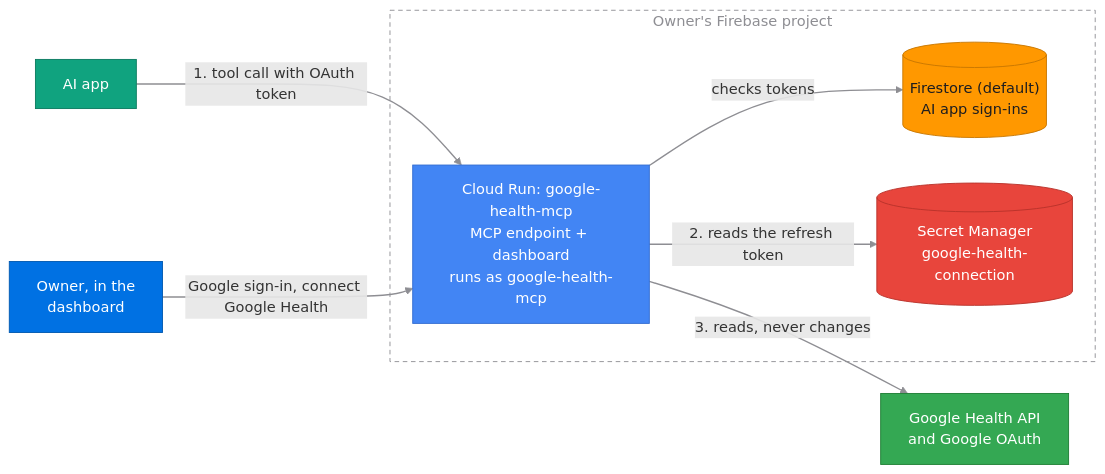
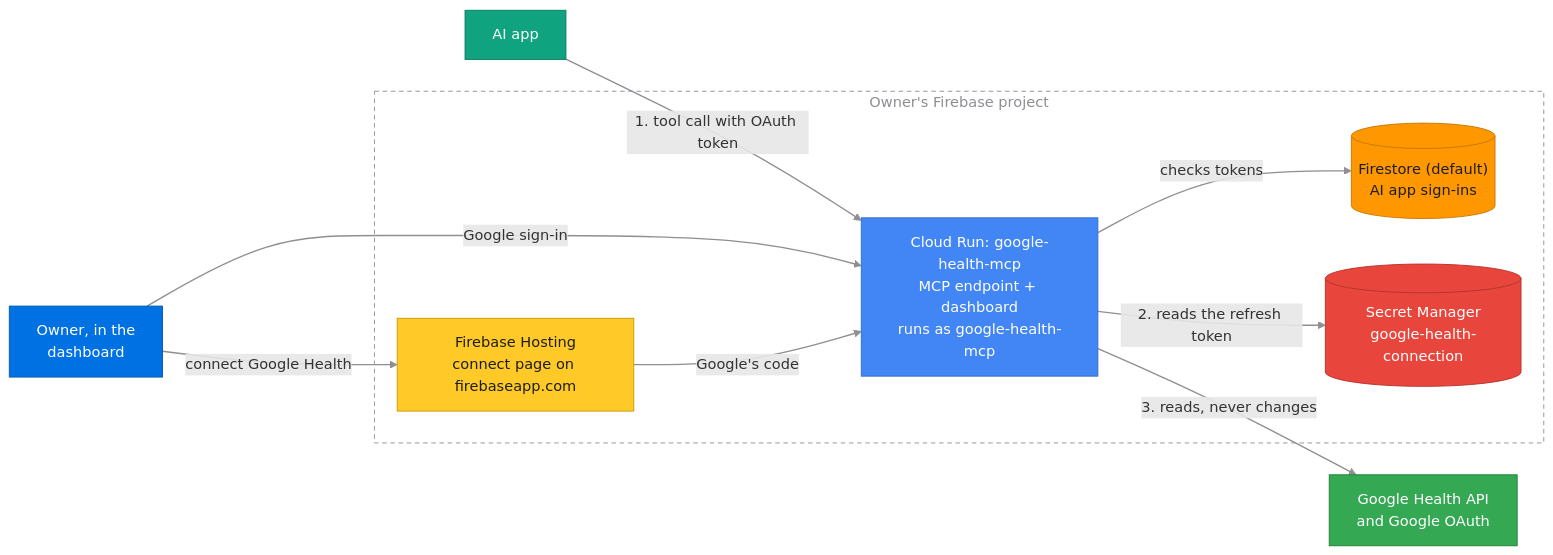
One commit to induction-axiom/ai-connector-for-google-health changed the diagram in README.md. Above: the diagram before and after it, drawn with Mermaid. The commit also changed other lines of this file and 16 other files, not shown here.

First line of the commit message:
Connect Google Health with Firebase's own Google client

````diff
--- a/README.md
+++ b/README.md
@@ -163,26 +164,30 @@
 ```mermaid
 flowchart LR
   AI["AI app"]:::ai
   Browser["Owner, in the<br/>dashboard"]:::you
   GH["Google Health API<br/>and Google OAuth"]:::gh
   subgraph project["Owner's Firebase project"]
     Run["Cloud Run: google-health-mcp<br/>MCP endpoint + dashboard<br/>runs as google-health-mcp"]:::run
     Store[("Firestore (default)<br/>AI app sign-ins")]:::store
     Secret[("Secret Manager<br/>google-health-connection")]:::secret
+    Page["Firebase Hosting<br/>connect page on firebaseapp.com"]:::page
   end
   AI -- "1. tool call with OAuth token" --> Run
-  Browser -- "Google sign-in, connect Google Health" --> Run
+  Browser -- "Google sign-in" --> Run
+  Browser -- "connect Google Health" --> Page
+  Page -- "Google's code" --> Run
   Run -- "checks tokens" --> Store
   Run -- "2. reads the refresh token" --> Secret
   Run -- "3. reads, never changes" --> GH
 
   %% Saturated fills with fixed text colours read well on light and dark pages.
   classDef ai fill:#10a37f,stroke:#0b7a5f,color:#ffffff
   classDef you fill:#0071e3,stroke:#0058b0,color:#ffffff
   classDef gh fill:#34a853,stroke:#1e7e34,color:#ffffff
   classDef run fill:#4285f4,stroke:#2f6ad0,color:#ffffff
   classDef store fill:#ff9800,stroke:#c77700,color:#1d1d1f
   classDef secret fill:#e8453c,stroke:#b8322b,color:#ffffff
+  classDef page fill:#ffca28,stroke:#c99a00,color:#1d1d1f
   style project fill:none,stroke:#8e8e93,stroke-width:1px,stroke-dasharray:5 4,color:#8e8e93
   linkStyle default stroke:#8e8e93,stroke-width:1.5px
 ```
````
